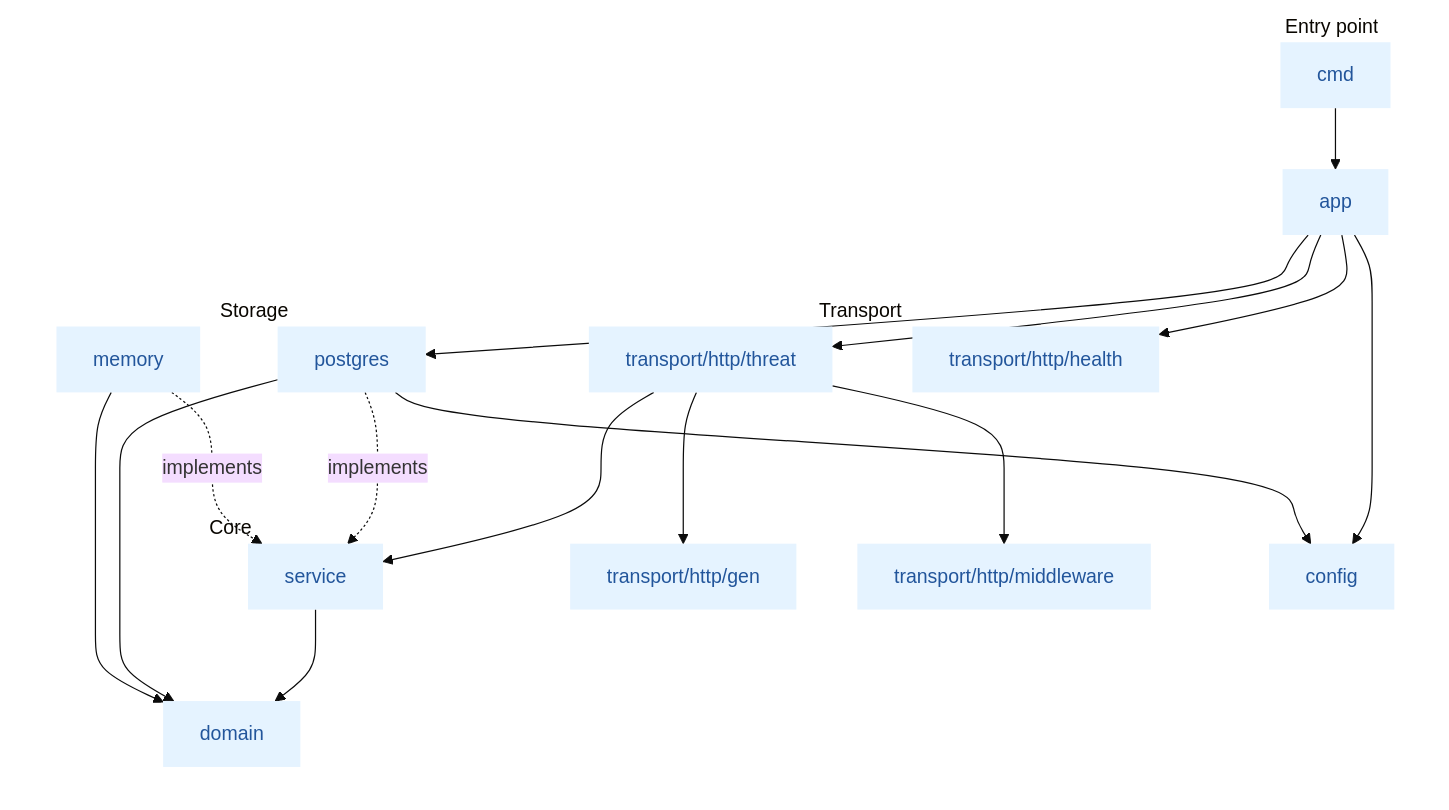
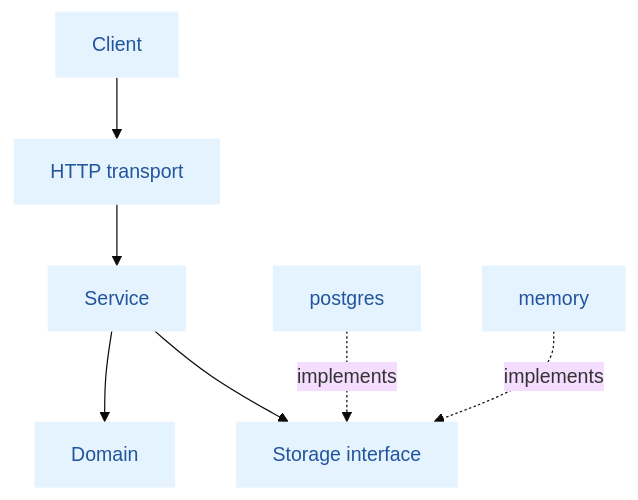
One commit to HAL-X9/threat-info-service changed the first of 2 diagrams in ARCHITECTURE.md. Above: the diagram before and after it, drawn with Mermaid. The commit also changed other lines of this file and 11 other files, not shown here.

````diff
--- a/ARCHITECTURE.md
+++ b/ARCHITECTURE.md
@@ -17,47 +17,19 @@
 ```mermaid
 %%{init: {'theme':'base'}}%%
 flowchart TB
-    subgraph ENTRY["Entry point"]
-        CMD["cmd"]
-        APP["app"]
-        CFG["config"]
-    end
+    CLIENT["Client"]
+    HTTP["HTTP transport"]
+    SVC["Service"]
+    DOM["Domain"]
+    STORE["Storage interface"]
+    PG["postgres"]
+    MEM["memory"]
 
-    subgraph TRANSPORT["Transport"]
-        HTTP["transport/http/threat"]
-        GEN["transport/http/gen"]
-        MW["transport/http/middleware"]
-        HEALTH["transport/http/health"]
-    end
-
-    subgraph CORE["Core"]
-        SVC["service"]
-        DOM["domain"]
-    end
-
-    subgraph STORAGE["Storage"]
-        PG["postgres"]
-        MEM["memory"]
-    end
-
-    CMD --> APP
-    APP --> CFG
-    APP --> HTTP
-    APP --> HEALTH
-    APP --> PG
-    PG --> CFG
-    HTTP --> GEN
-    HTTP --> MW
-    HTTP --> SVC
+    CLIENT --> HTTP --> SVC
     SVC --> DOM
-    PG -. implements .-> SVC
-    MEM -. implements .-> SVC
-    PG --> DOM
-    MEM --> DOM
+    SVC --> STORE
+    PG -. implements .-> STORE
+    MEM -. implements .-> STORE
 
     classDef default fill:#e5f3ff,stroke:none,color:#22559b;
-    style ENTRY fill:#ffffff,stroke:none
-    style TRANSPORT fill:#ffffff,stroke:none
-    style CORE fill:#ffffff,stroke:none
-    style STORAGE fill:#ffffff,stroke:none
 ```
````
